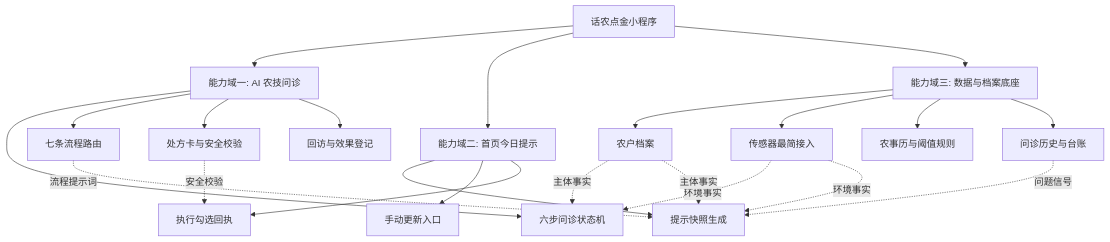
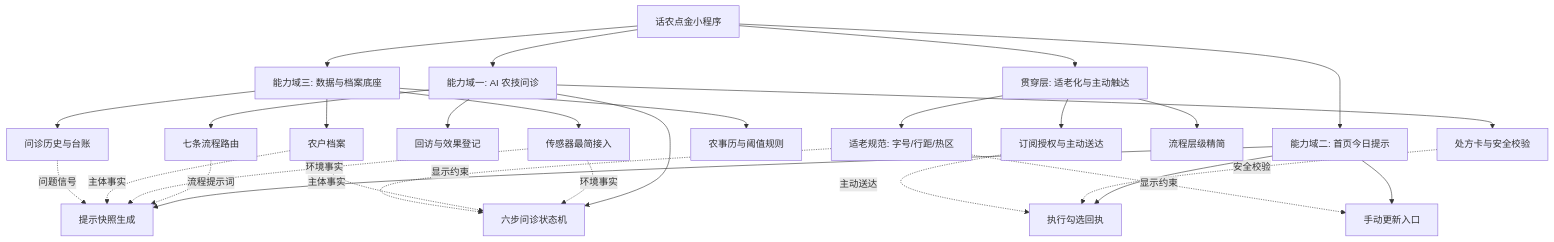
The second of 6 diagrams in docs/话农点金_产品说明书_v2.0.md (AI123-cmd/agriculuture-agent), drawn with Mermaid before and after one commit. The commit also changed other lines of this file, not shown here.

````diff
--- a/docs/话农点金_产品说明书_v2.0.md
+++ b/docs/话农点金_产品说明书_v2.0.md
@@ -220,29 +246,37 @@
 ```mermaid
 flowchart TB
     P[话农点金小程序]
     P --> D1[能力域一: AI 农技问诊]
     P --> D2[能力域二: 首页今日提示]
     P --> D3[能力域三: 数据与档案底座]
+    P --> D4[贯穿层: 适老化与主动触达]
 
     D1 --> D1a[六步问诊状态机]
     D1 --> D1b[七条流程路由]
     D1 --> D1c[处方卡与安全校验]
     D1 --> D1d[回访与效果登记]
 
     D2 --> D2a[提示快照生成]
     D2 --> D2b[手动更新入口]
     D2 --> D2c[执行勾选回执]
 
     D3 --> D3a[农户档案]
     D3 --> D3b[传感器最简接入]
     D3 --> D3c[农事历与阈值规则]
     D3 --> D3d[问诊历史与台账]
 
+    D4 --> D4a[适老规范: 字号/行距/热区]
+    D4 --> D4b[流程层级精简]
+    D4 --> D4c[订阅授权与主动送达]
+
     D1b -.流程提示词.-> D2a
     D1c -.安全校验.-> D2c
     D3b -.环境事实.-> D1a
     D3b -.环境事实.-> D2a
     D3a -.主体事实.-> D1a
     D3a -.主体事实.-> D2a
     D3d -.问题信号.-> D2a
+    D4c -.主动送达.-> D2c
+    D4a -.显示约束.-> D1a
+    D4a -.显示约束.-> D2b
 ```
````
